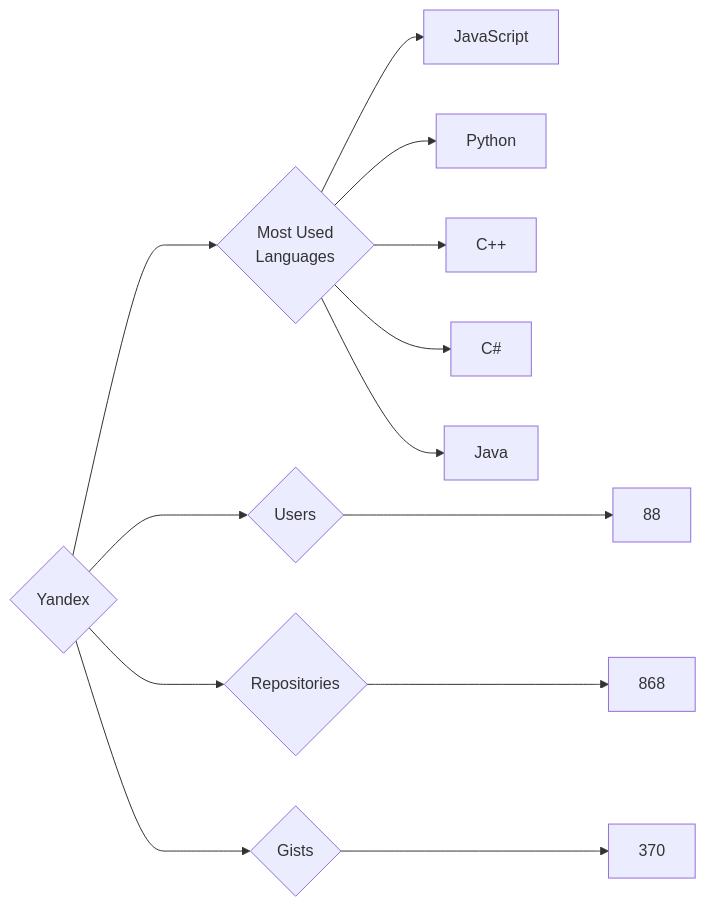
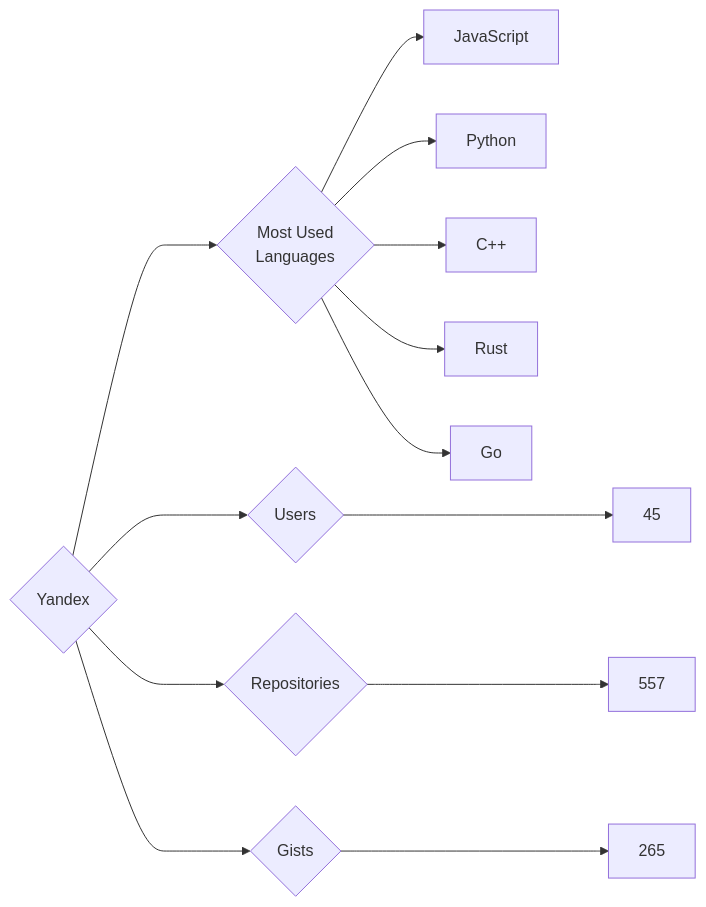
Before and after one commit to trickest/insiders: the diagram in targets/Yandex/README.md, drawn with Mermaid. The commit also changed 787 other files, not shown here.

````diff
--- a/targets/Yandex/README.md
+++ b/targets/Yandex/README.md
@@ -3,13 +3,13 @@
 ```mermaid
 graph LR
 COMPANY_NAME{Yandex}
-COMPANY_NAME ---> U{Users} ---> UN[88]
-COMPANY_NAME ---> R{Repositories} ---> RN[868]
-COMPANY_NAME ---> G{Gists} ---> GN[370]
+COMPANY_NAME ---> U{Users} ---> UN[45]
+COMPANY_NAME ---> R{Repositories} ---> RN[557]
+COMPANY_NAME ---> G{Gists} ---> GN[265]
 COMPANY_NAME ---> ML{Most Used<br>Languages}
 ML --> JavaScript[JavaScript]
 ML --> Python[Python]
 ML --> C++[C++]
-ML --> C#[C#]
-ML --> Java[Java]
+ML --> Rust[Rust]
+ML --> Go[Go]
 ```
````
